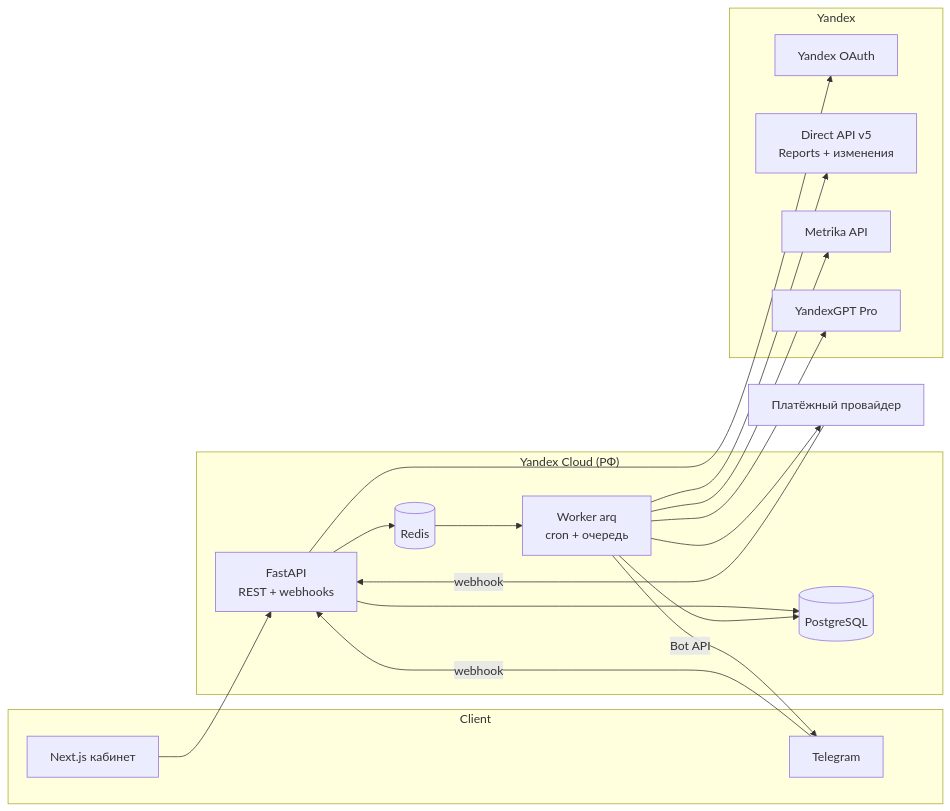
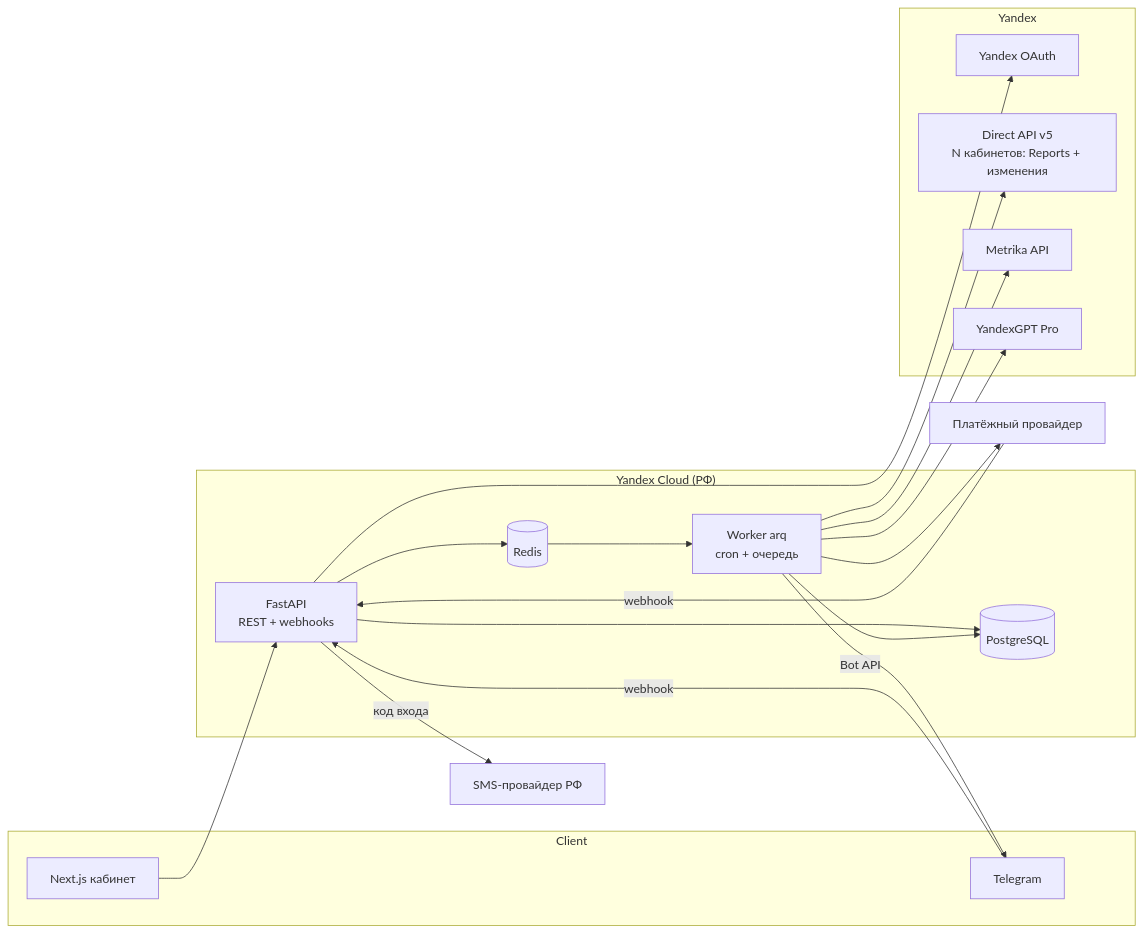
Before and after one commit to woorldmun-commits/ai-direct: the diagram in docs/ARCHITECTURE.md, drawn with Mermaid. The commit also changed other lines of this file and 4 other files, not shown here.

````diff
--- a/docs/ARCHITECTURE.md
+++ b/docs/ARCHITECTURE.md
@@ -7,37 +7,39 @@
 ```mermaid
 flowchart LR
   subgraph Client
     WEB[Next.js кабинет]
     TG[Telegram]
   end
 
   subgraph RF["Yandex Cloud (РФ)"]
     API[FastAPI<br/>REST + webhooks]
     WRK[Worker arq<br/>cron + очередь]
     PG[(PostgreSQL)]
     RD[(Redis)]
   end
 
   subgraph Yandex
     OAUTH[Yandex OAuth]
-    DIRECT[Direct API v5<br/>Reports + изменения]
+    DIRECT[Direct API v5<br/>N кабинетов: Reports + изменения]
     METRIKA[Metrika API]
     YGPT[YandexGPT Pro]
   end
 
   PAY[Платёжный провайдер]
+  SMS[SMS-провайдер РФ]
 
   WEB --> API
+  API -->|код входа| SMS
   TG -->|webhook| API
   API --> PG
   API --> RD
   WRK --> PG
   RD --> WRK
   API --> OAUTH
   WRK --> DIRECT
   WRK --> METRIKA
   WRK --> YGPT
   WRK -->|Bot API| TG
   PAY -->|webhook| API
   WRK --> PAY
 ```
````
